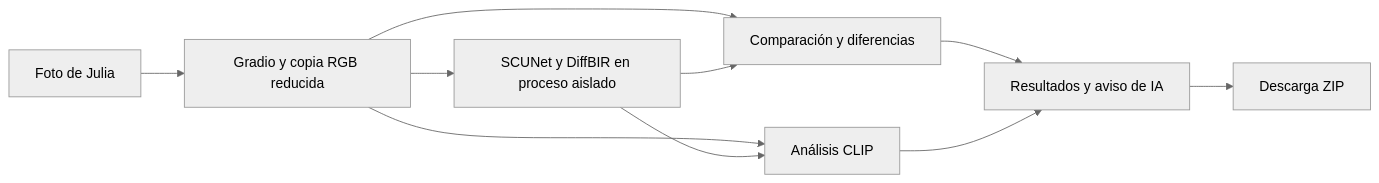
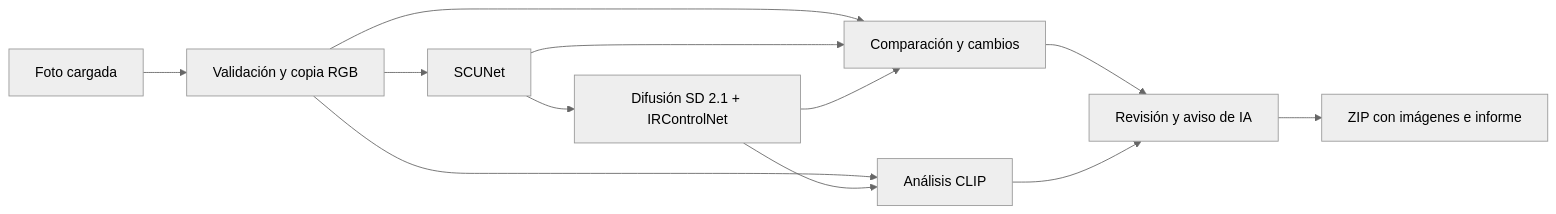
Before and after one commit to Sabri-Nang/astro-restauracion: the diagram in README.md, drawn with Mermaid (neutral theme). The commit also changed other lines of this file and 2 other files, not shown here.

````diff
--- a/README.md
+++ b/README.md
@@ -77,12 +78,14 @@
 ```mermaid
 flowchart LR
-    A[Foto de Julia] --> B[Gradio y copia RGB reducida]
-    B --> C[SCUNet y DiffBIR en proceso aislado]
-    B --> D[Comparación y diferencias]
-    C --> D
-    B --> E[Análisis CLIP]
+    A[Foto cargada] --> B[Validación y copia RGB]
+    B --> C[SCUNet]
+    C --> D[Difusión SD 2.1 + IRControlNet]
+    B --> E[Comparación y cambios]
     C --> E
-    D --> F[Resultados y aviso de IA]
-    E --> F
-    F --> G[Descarga ZIP]
+    D --> E
+    B --> F[Análisis CLIP]
+    D --> F
+    E --> G[Revisión y aviso de IA]
+    F --> G
+    G --> H[ZIP con imágenes e informe]
 ```
````
